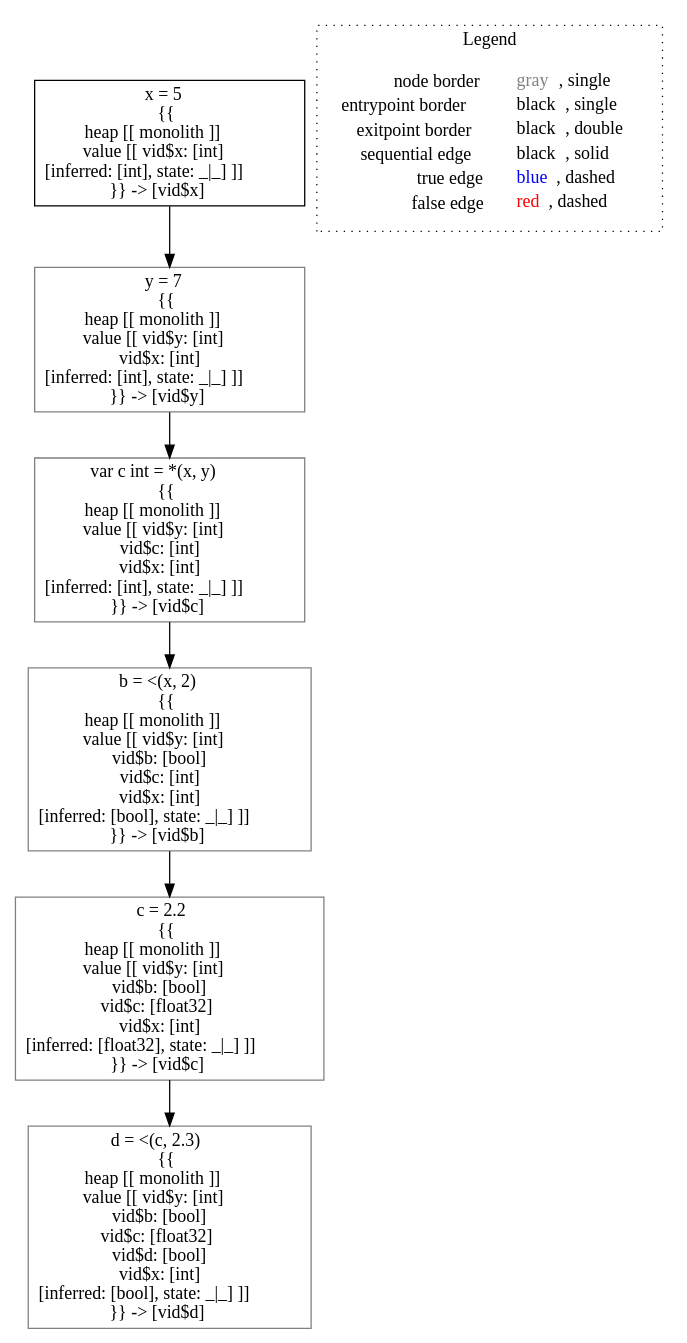
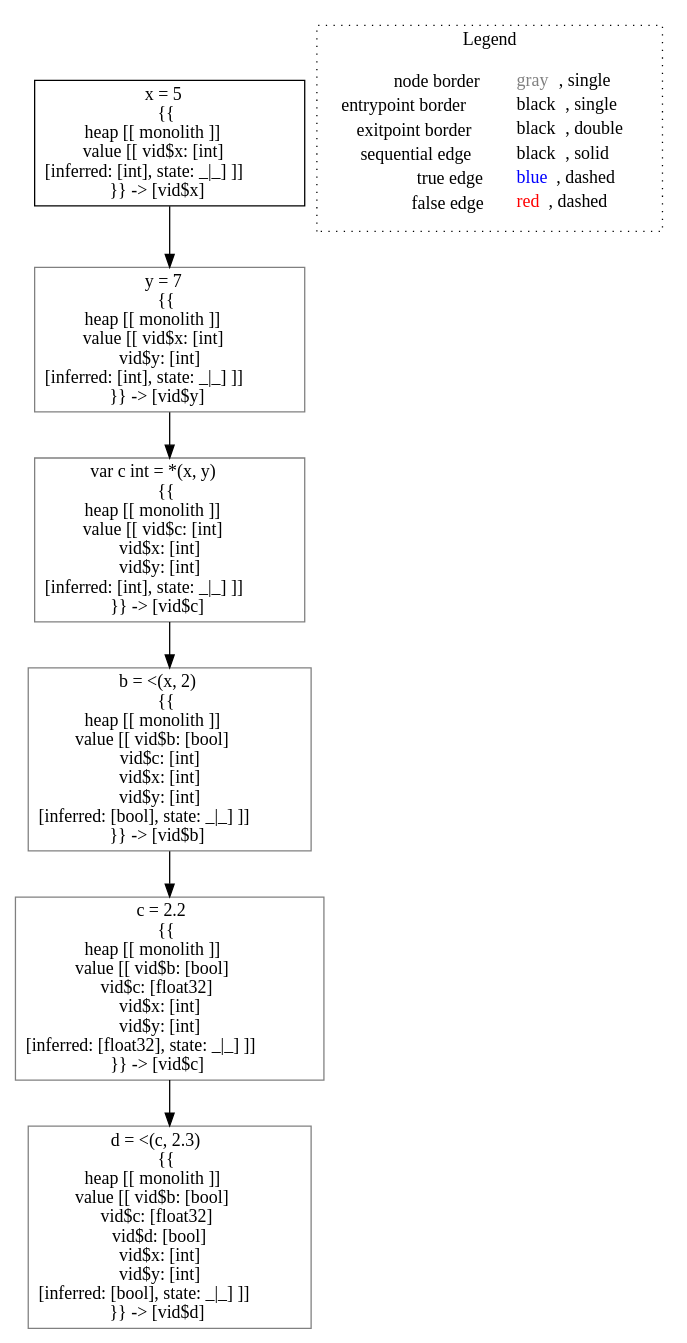
One commit to lisa-analyzer/go-lisa changed the diagram in go-lisa/go-testcases/typing/typing___untyped_~LiSAProgram.relTyping().dot. Above: the diagram before and after it, drawn with Graphviz. The commit also changed 9 other files, not shown here.

```diff
--- a/go-lisa/go-testcases/typing/typing___untyped_~LiSAProgram.relTyping().dot
+++ b/go-lisa/go-testcases/typing/typing___untyped_~LiSAProgram.relTyping().dot
@@ -1,20 +1,20 @@
 digraph {
 	"node0" [shape="rect",color="black",label=<x = 5<BR/>{{<BR/>heap [[ monolith ]]<BR/>value [[ vid$x: [int]<BR/>[inferred: [int], state: _|_] ]]<BR/>}} -&gt; [vid$x]>];
-	"node1" [shape="rect",color="gray",label=<c = 2.2<BR/>{{<BR/>heap [[ monolith ]]<BR/>value [[ vid$y: [int]<BR/>vid$b: [bool]<BR/>vid$c: [float32]<BR/>vid$x: [int]<BR/>[inferred: [float32], state: _|_] ]]<BR/>}} -&gt; [vid$c]>];
-	"node2" [shape="rect",color="gray",label=<var c int = *(x, y)<BR/>{{<BR/>heap [[ monolith ]]<BR/>value [[ vid$y: [int]<BR/>vid$c: [int]<BR/>vid$x: [int]<BR/>[inferred: [int], state: _|_] ]]<BR/>}} -&gt; [vid$c]>];
-	"node3" [shape="rect",color="gray",label=<b = &lt;(x, 2)<BR/>{{<BR/>heap [[ monolith ]]<BR/>value [[ vid$y: [int]<BR/>vid$b: [bool]<BR/>vid$c: [int]<BR/>vid$x: [int]<BR/>[inferred: [bool], state: _|_] ]]<BR/>}} -&gt; [vid$b]>];
-	"node4" [shape="rect",color="gray",label=<y = 7<BR/>{{<BR/>heap [[ monolith ]]<BR/>value [[ vid$y: [int]<BR/>vid$x: [int]<BR/>[inferred: [int], state: _|_] ]]<BR/>}} -&gt; [vid$y]>];
-	"node5" [shape="rect",color="gray",label=<d = &lt;(c, 2.3)<BR/>{{<BR/>heap [[ monolith ]]<BR/>value [[ vid$y: [int]<BR/>vid$b: [bool]<BR/>vid$c: [float32]<BR/>vid$d: [bool]<BR/>vid$x: [int]<BR/>[inferred: [bool], state: _|_] ]]<BR/>}} -&gt; [vid$d]>];
+	"node1" [shape="rect",color="gray",label=<b = &lt;(x, 2)<BR/>{{<BR/>heap [[ monolith ]]<BR/>value [[ vid$b: [bool]<BR/>vid$c: [int]<BR/>vid$x: [int]<BR/>vid$y: [int]<BR/>[inferred: [bool], state: _|_] ]]<BR/>}} -&gt; [vid$b]>];
+	"node2" [shape="rect",color="gray",label=<y = 7<BR/>{{<BR/>heap [[ monolith ]]<BR/>value [[ vid$x: [int]<BR/>vid$y: [int]<BR/>[inferred: [int], state: _|_] ]]<BR/>}} -&gt; [vid$y]>];
+	"node3" [shape="rect",color="gray",label=<d = &lt;(c, 2.3)<BR/>{{<BR/>heap [[ monolith ]]<BR/>value [[ vid$b: [bool]<BR/>vid$c: [float32]<BR/>vid$d: [bool]<BR/>vid$x: [int]<BR/>vid$y: [int]<BR/>[inferred: [bool], state: _|_] ]]<BR/>}} -&gt; [vid$d]>];
+	"node4" [shape="rect",color="gray",label=<var c int = *(x, y)<BR/>{{<BR/>heap [[ monolith ]]<BR/>value [[ vid$c: [int]<BR/>vid$x: [int]<BR/>vid$y: [int]<BR/>[inferred: [int], state: _|_] ]]<BR/>}} -&gt; [vid$c]>];
+	"node5" [shape="rect",color="gray",label=<c = 2.2<BR/>{{<BR/>heap [[ monolith ]]<BR/>value [[ vid$b: [bool]<BR/>vid$c: [float32]<BR/>vid$x: [int]<BR/>vid$y: [int]<BR/>[inferred: [float32], state: _|_] ]]<BR/>}} -&gt; [vid$c]>];
 	"node1" -> "node5" [color="black"];
-	"node0" -> "node4" [color="black"];
-	"node2" -> "node3" [color="black"];
-	"node3" -> "node1" [color="black"];
-	"node4" -> "node2" [color="black"];
+	"node2" -> "node4" [color="black"];
+	"node0" -> "node2" [color="black"];
+	"node4" -> "node1" [color="black"];
+	"node5" -> "node3" [color="black"];
 subgraph cluster_legend {
 	label="Legend";
 	style=dotted;
 	node [shape=plaintext];
 	"legend" [label=<<table border="0" cellpadding="2" cellspacing="0" cellborder="0"><tr><td align="right">node border&nbsp;</td><td align="left"><font color="gray">gray</font>, single</td></tr><tr><td align="right">entrypoint border&nbsp;</td><td align="left"><font color="black">black</font>, single</td></tr><tr><td align="right">exitpoint border&nbsp;</td><td align="left"><font color="black">black</font>, double</td></tr><tr><td align="right">sequential edge&nbsp;</td><td align="left"><font color="black">black</font>, solid</td></tr><tr><td align="right">true edge&nbsp;</td><td align="left"><font color="blue">blue</font>, dashed</td></tr><tr><td align="right">false edge&nbsp;</td><td align="left"><font color="red">red</font>, dashed</td></tr></table>>];
 }
 
 }
```
